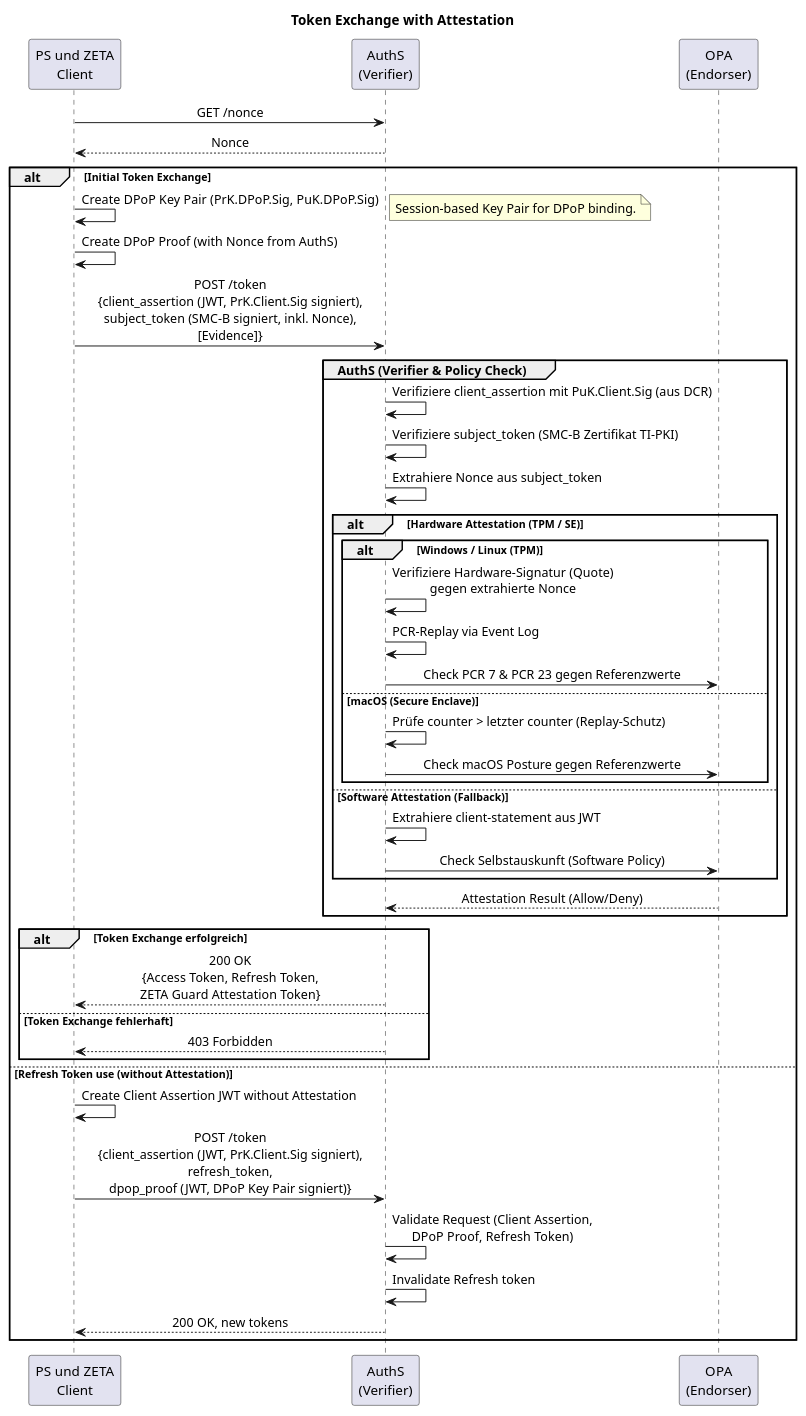
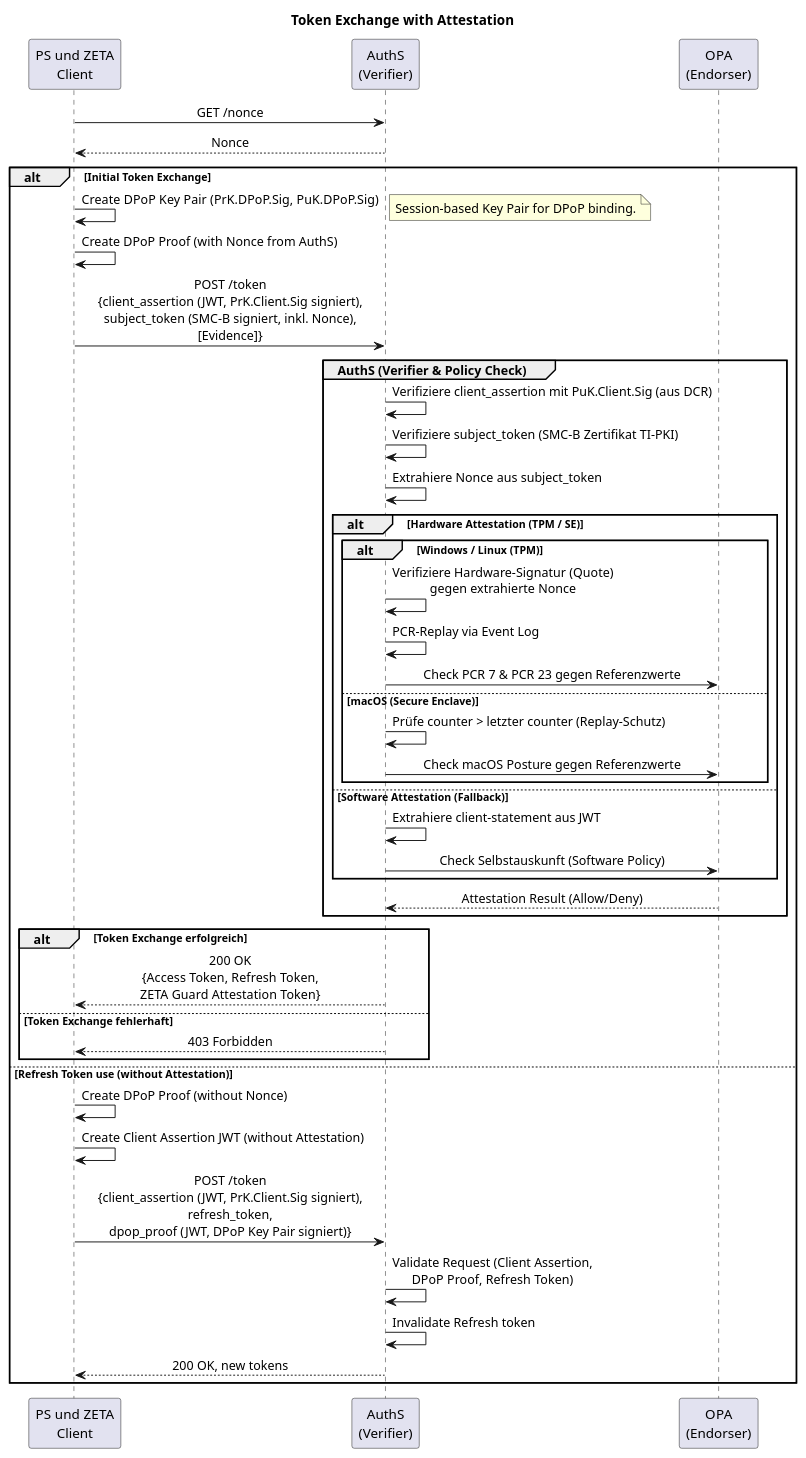
The diagram in src/plantuml/tmp/attestation-flows/token-exchange-with-attestation.puml (gematik/zeta), drawn with PlantUML before and after one commit. The commit also changed 1 other file, not shown here.

Commit message:
feat: update token exchange flow to include DPoP proof and refactor client assertion schema for readability

```diff
--- a/src/plantuml/tmp/attestation-flows/token-exchange-with-attestation.puml
+++ b/src/plantuml/tmp/attestation-flows/token-exchange-with-attestation.puml
@@ -1,55 +1,56 @@
 @startuml "token-exchange-with-attestation"
 skinparam sequenceMessageAlign center
 title Token Exchange with Attestation
 
 participant "PS und ZETA\nClient" as Client
 participant "AuthS\n(Verifier)" as AuthS
 participant "OPA\n(Endorser)" as OPA
 
 Client -> AuthS: GET /nonce
 AuthS --> Client: Nonce
 
 alt Initial Token Exchange
     Client -> Client : Create DPoP Key Pair (PrK.DPoP.Sig, PuK.DPoP.Sig)
     note right: Session-based Key Pair for DPoP binding.
 
     Client -> Client : Create DPoP Proof (with Nonce from AuthS)
     Client -> AuthS: POST /token\n{client_assertion (JWT, PrK.Client.Sig signiert),\nsubject_token (SMC-B signiert, inkl. Nonce),\n[Evidence]}
 
     group AuthS (Verifier & Policy Check)
         AuthS -> AuthS: Verifiziere client_assertion mit PuK.Client.Sig (aus DCR)
         AuthS -> AuthS: Verifiziere subject_token (SMC-B Zertifikat TI-PKI)
         AuthS -> AuthS: Extrahiere Nonce aus subject_token
         
         alt Hardware Attestation (TPM / SE)
             alt Windows / Linux (TPM)
                 AuthS -> AuthS: Verifiziere Hardware-Signatur (Quote)\ngegen extrahierte Nonce
                 AuthS -> AuthS: PCR-Replay via Event Log
                 AuthS -> OPA: Check PCR 7 & PCR 23 gegen Referenzwerte
             else macOS (Secure Enclave)
                 AuthS -> AuthS: Prüfe counter > letzter counter (Replay-Schutz)
                 AuthS -> OPA: Check macOS Posture gegen Referenzwerte
             end
             
         else Software Attestation (Fallback)
             AuthS -> AuthS: Extrahiere client-statement aus JWT
             AuthS -> OPA: Check Selbstauskunft (Software Policy)
         end
         
         OPA --> AuthS: Attestation Result (Allow/Deny)
     end
 
     alt Token Exchange erfolgreich
         AuthS --> Client: 200 OK\n{Access Token, Refresh Token,\nZETA Guard Attestation Token}
     else Token Exchange fehlerhaft
         AuthS --> Client: 403 Forbidden
     end
 
 else Refresh Token use (without Attestation)
-    Client -> Client : Create Client Assertion JWT without Attestation
+    Client -> Client : Create DPoP Proof (without Nonce)
+    Client -> Client : Create Client Assertion JWT (without Attestation)
     Client -> AuthS: POST /token\n{client_assertion (JWT, PrK.Client.Sig signiert),\nrefresh_token,\ndpop_proof (JWT, DPoP Key Pair signiert)}
     AuthS -> AuthS : Validate Request (Client Assertion,\nDPoP Proof, Refresh Token)
     AuthS -> AuthS: Invalidate Refresh token
     AuthS --> Client: 200 OK, new tokens
 end
 @enduml
```
